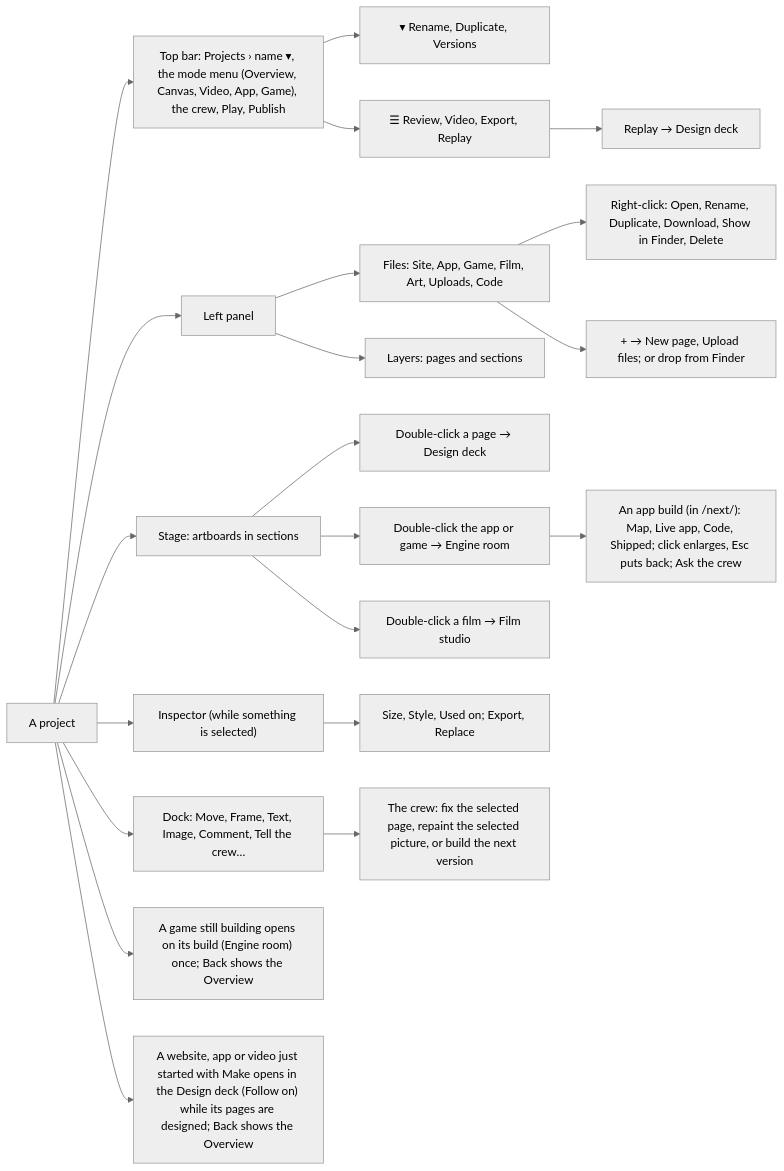
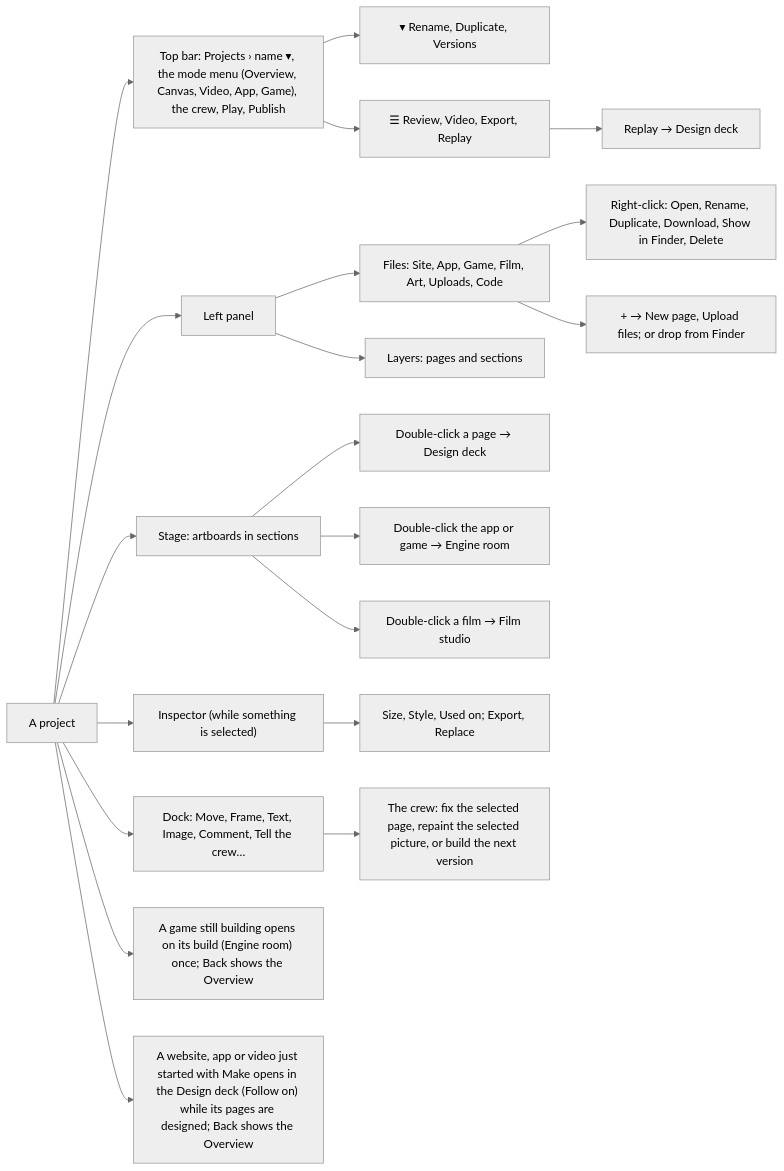
One commit to Pukujan/swarm-studio changed the tenth of 27 diagrams in docs/ux/SITEMAP.md. Above: the diagram before and after it, drawn with Mermaid (neutral theme). The commit also changed other lines of this file and 1 other file, not shown here.

First line of the commit message:
App build wall: the sandbox rule and the sitemap, for the App room

````diff
--- a/docs/ux/SITEMAP.md
+++ b/docs/ux/SITEMAP.md
@@ -317,23 +317,22 @@
 ```mermaid
 flowchart LR
   PJ["A project"] --> TOP["Top bar: Projects › name ▾, the mode menu (Overview, Canvas, Video, App, Game), the crew, Play, Publish"]
   PJ --> LEFT["Left panel"]
   PJ --> STG["Stage: artboards in sections"]
   PJ --> INS["Inspector (while something is selected)"]
   PJ --> DOCK["Dock: Move, Frame, Text, Image, Comment, Tell the crew…"]
   TOP --> VER["▾ Rename, Duplicate, Versions"]
   TOP --> MORE["☰ Review, Video, Export, Replay"]
   MORE --> RPD["Replay → Design deck"]
   LEFT --> FIL["Files: Site, App, Game, Film, Art, Uploads, Code"]
   LEFT --> LAY["Layers: pages and sections"]
   FIL --> FM["Right-click: Open, Rename, Duplicate, Download, Show in Finder, Delete"]
   FIL --> UP["+ → New page, Upload files; or drop from Finder"]
   STG --> DD["Double-click a page → Design deck"]
   STG --> ER["Double-click the app or game → Engine room"]
-  ER --> AW["An app build (in /next/): Map, Live app, Code, Shipped; click enlarges, Esc puts back; Ask the crew"]
   PJ --> GB["A game still building opens on its build (Engine room) once; Back shows the Overview"]
   PJ --> WB["A website, app or video just started with Make opens in the Design deck (Follow on) while its pages are designed; Back shows the Overview"]
   STG --> FS["Double-click a film → Film studio"]
   INS --> EXP["Size, Style, Used on; Export, Replace"]
   DOCK --> CREW["The crew: fix the selected page, repaint the selected picture, or build the next version"]
 ```
````
